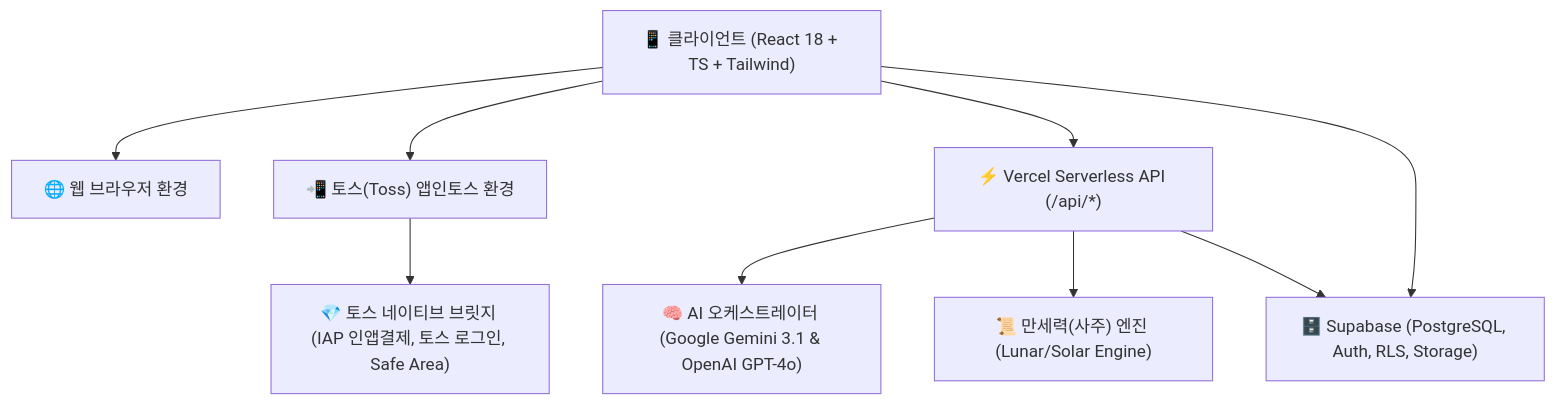
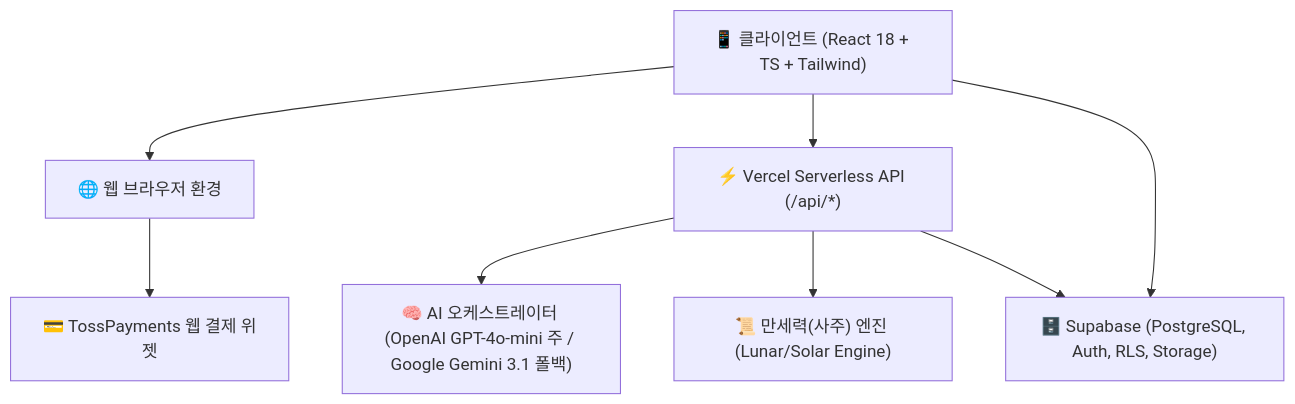
One commit to s-zuni/MBTI-Saju changed the diagram in agent.md. Above: the diagram before and after it, drawn with Mermaid. The commit also changed other lines of this file and 72 other files, not shown here.

````diff
--- a/agent.md
+++ b/agent.md
@@ -28,18 +26,16 @@
 ```mermaid
 graph TD
     Client["📱 클라이언트 (React 18 + TS + Tailwind)"]
     Web["🌐 웹 브라우저 환경"]
-    AIT["📲 토스(Toss) 앱인토스 환경"]
     
     Client --> Web
-    Client --> AIT
     
     Client --> VercelAPI["⚡ Vercel Serverless API (/api/*)"]
     Client --> Supabase["🗄️ Supabase (PostgreSQL, Auth, RLS, Storage)"]
     
-    VercelAPI --> AI_Provider["🧠 AI 오케스트레이터 (Google Gemini 3.1 & OpenAI GPT-4o)"]
+    VercelAPI --> AI_Provider["🧠 AI 오케스트레이터 (OpenAI GPT-4o-mini 주 / Google Gemini 3.1 폴백)"]
     VercelAPI --> Manseryeok["📜 만세력(사주) 엔진 (Lunar/Solar Engine)"]
     VercelAPI --> Supabase
     
-    AIT --> TossNative["💎 토스 네이티브 브릿지 (IAP 인앱결제, 토스 로그인, Safe Area)"]
+    Web --> TossWidget["💳 TossPayments 웹 결제 위젯"]
 ```
````
